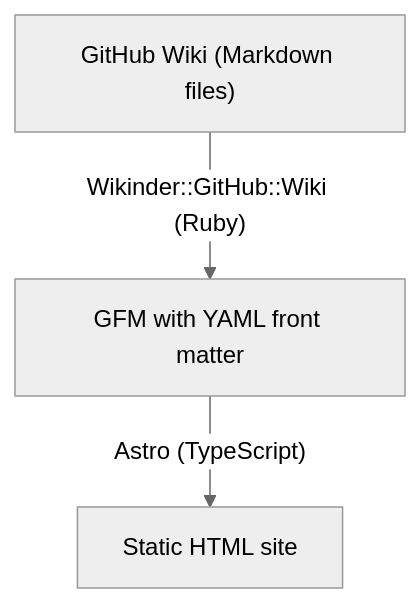
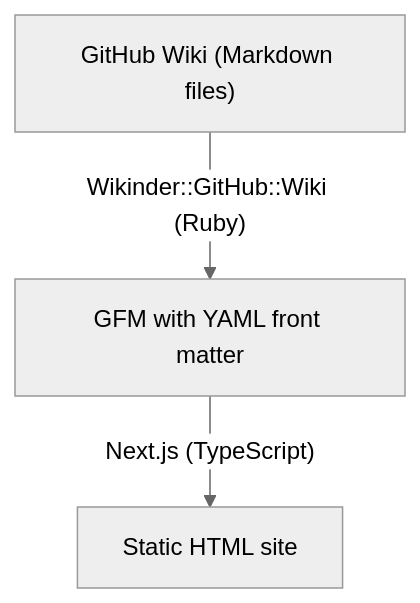
One commit to yuuki7/github-wiki-to-html changed the diagram in README.md. Above: the diagram before and after it, drawn with Mermaid (neutral theme). The commit also changed other lines of this file and 89 other files, not shown here.

Commit message:
Rewrite the site from Astro to React and Next.js

````diff
--- a/README.md
+++ b/README.md
@@ -55,5 +57,5 @@
 ```mermaid
 graph TD
     A["GitHub Wiki (Markdown files)"] -->|"Wikinder::GitHub::Wiki (Ruby)"| B["GFM with YAML front matter"]
-    B -->|"Astro (TypeScript)"| C["Static HTML site"]
+    B -->|"Next.js (TypeScript)"| C["Static HTML site"]
 ```
````
